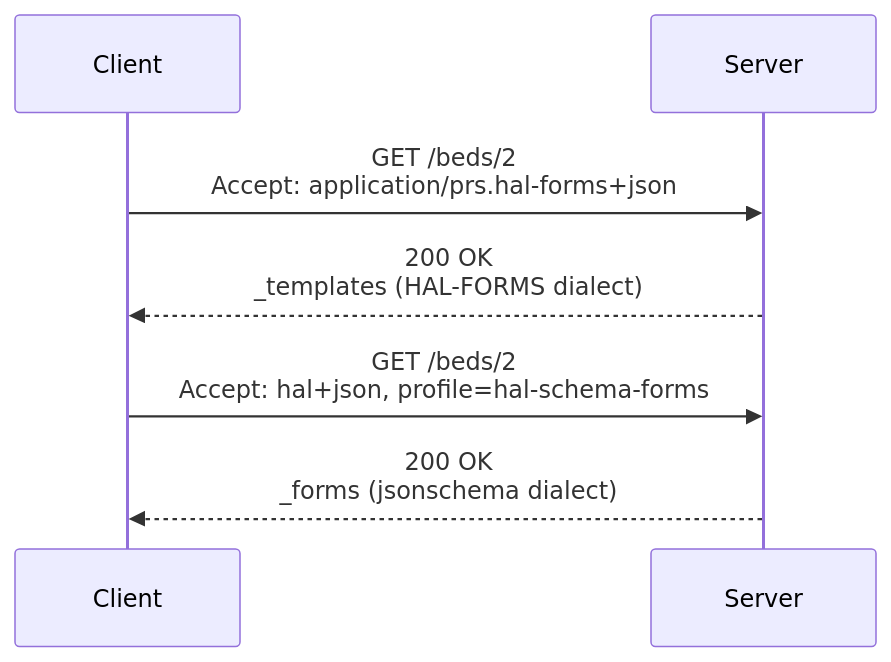
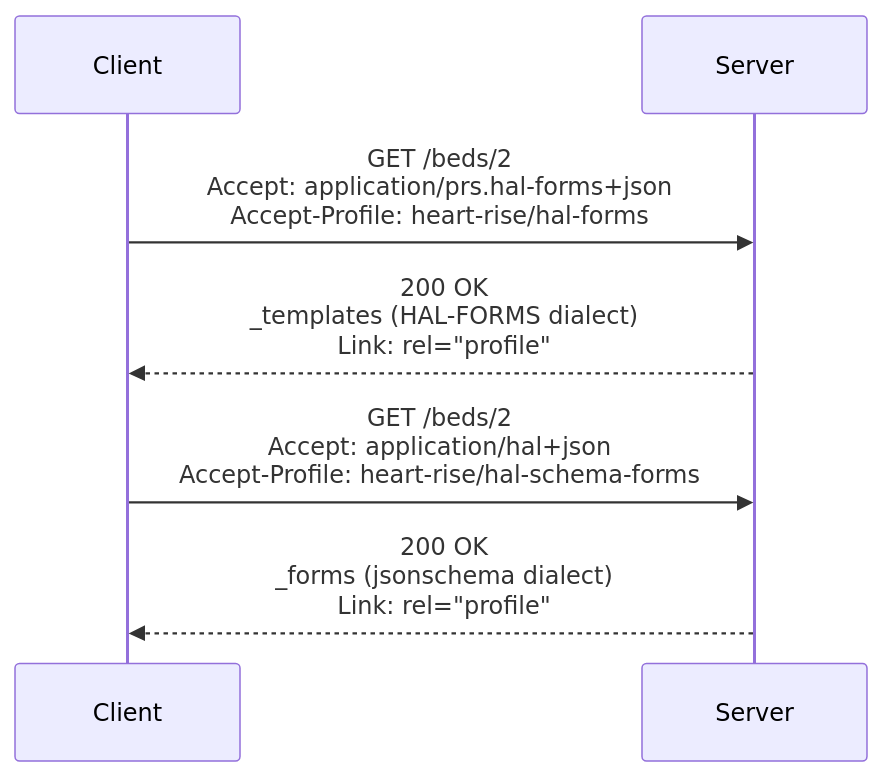
Before and after one commit to JogoShugh/HEART: the sixth of 7 diagrams in SPEC.md, drawn with Mermaid. The commit also changed other lines of this file, not shown here.

````diff
--- a/SPEC.md
+++ b/SPEC.md
@@ -547,11 +577,11 @@
 ```mermaid
 sequenceDiagram
     participant Client
     participant Server
 
-    Client->>Server: GET /beds/2<br/>Accept: application/prs.hal-forms+json
-    Server-->>Client: 200 OK<br/>_templates (HAL-FORMS dialect)
+    Client->>Server: GET /beds/2<br/>Accept: application/prs.hal-forms+json<br/>Accept-Profile: heart-rise/hal-forms
+    Server-->>Client: 200 OK<br/>_templates (HAL-FORMS dialect)<br/>Link: rel="profile"
 
-    Client->>Server: GET /beds/2<br/>Accept: hal+json, profile=hal-schema-forms
-    Server-->>Client: 200 OK<br/>_forms (jsonschema dialect)
+    Client->>Server: GET /beds/2<br/>Accept: application/hal+json<br/>Accept-Profile: heart-rise/hal-schema-forms
+    Server-->>Client: 200 OK<br/>_forms (jsonschema dialect)<br/>Link: rel="profile"
 ```
````
